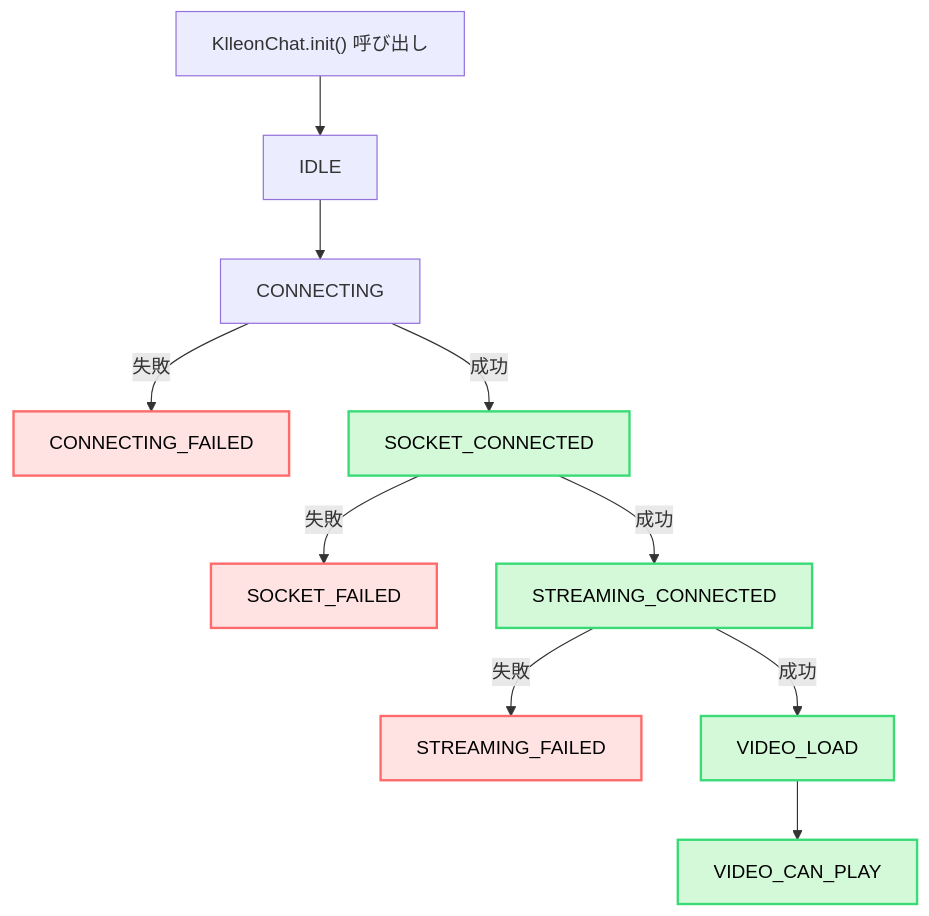
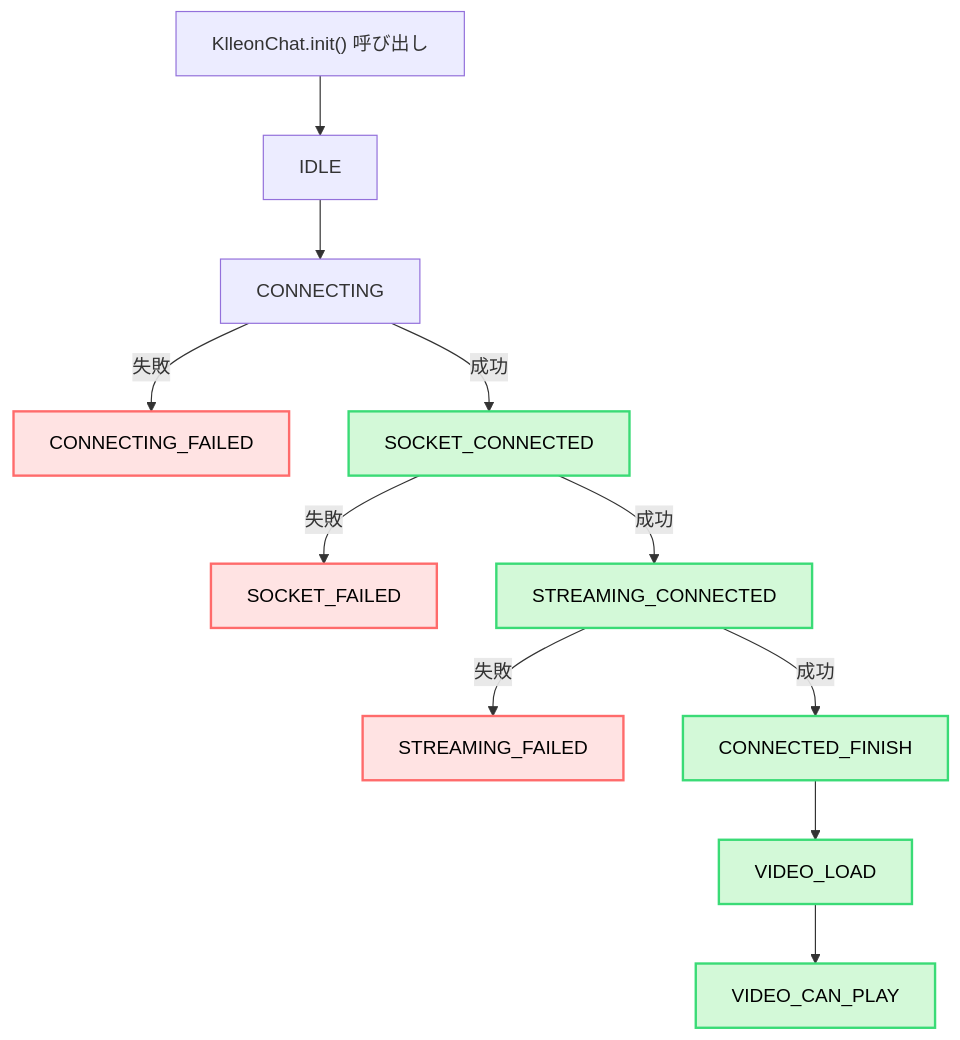
One commit to klleon/web-sdk-docs changed the third of 3 diagrams in i18n/ja/docusaurus-plugin-content-docs/current/03-usage/03-sdk-event.mdx. Above: the diagram before and after it, drawn with Mermaid. The commit also changed 8 other files, not shown here.

````diff
--- a/i18n/ja/docusaurus-plugin-content-docs/current/03-usage/03-sdk-event.mdx
+++ b/i18n/ja/docusaurus-plugin-content-docs/current/03-usage/03-sdk-event.mdx
@@ -167,19 +167,20 @@
 ```mermaid
 flowchart TD
     INIT["KlleonChat.init() 呼び出し"] --> A[IDLE]
     A --> B[CONNECTING]
     B -->|失敗| C[CONNECTING_FAILED]
     B -->|成功| D[SOCKET_CONNECTED]
     D -->|失敗| I[SOCKET_FAILED]
     D -->|成功| E[STREAMING_CONNECTED]
     E -->|失敗| J[STREAMING_FAILED]
-    E -->|成功| F[VIDEO_LOAD]
+    E -->|成功| H[CONNECTED_FINISH]
+    H --> F[VIDEO_LOAD]
     F --> G[VIDEO_CAN_PLAY]
 
     %% スタイル設定
     classDef success fill:#d3f9d8,stroke:#3adb76,stroke-width:2px,color:#000;
     classDef failure fill:#ffe3e3,stroke:#ff6b6b,stroke-width:2px,color:#000;
 
-    class D,E,F,G success;
+    class D,E,H,F,G success;
     class C,I,J failure;
 ```
````
